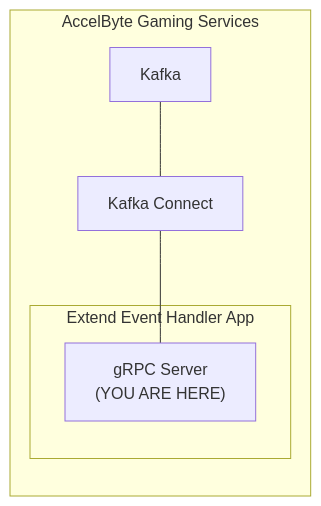
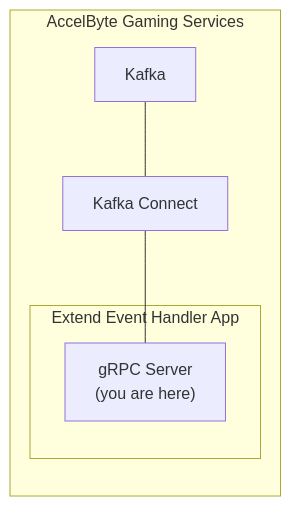
Before and after one commit to AccelByte/extend-event-handler-python: the diagram in README.md, drawn with Mermaid. The commit also changed other lines of this file, not shown here.

````diff
--- a/README.md
+++ b/README.md
@@ -3,13 +3,13 @@
 ```mermaid
 flowchart LR
    subgraph AccelByte Gaming Services
    KF[Kafka]
    KB[Kafka Connect]  
    subgraph Extend Event Handler App
 
-   SV["gRPC Server\n(YOU ARE HERE)"]   
+   SV["gRPC Server\n(you are here)"]   
    end   
    KB --- SV
    KF --- KB
    end   
 ```
````
